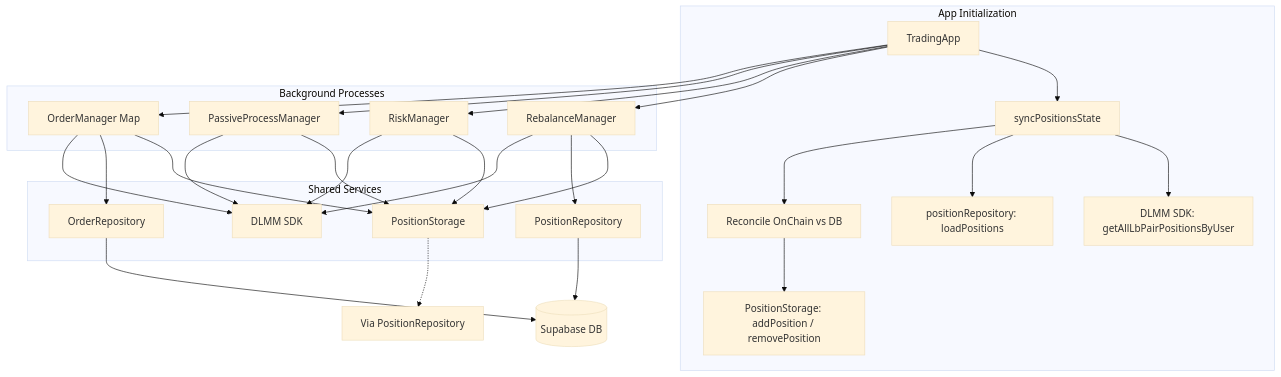
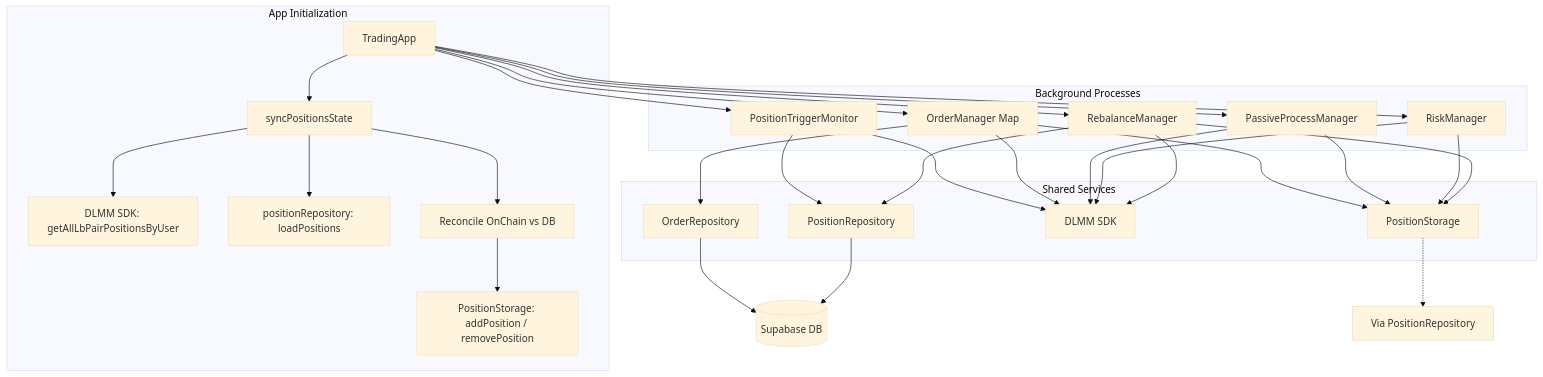
The second of 2 diagrams in core_strategy.md (brinkgenesis/dlmm), drawn with Mermaid (base theme) before and after one commit. The commit also changed other lines of this file and 3 other files, not shown here.

Commit message:
updated core prd mermaid

````diff
--- a/core_strategy.md
+++ b/core_strategy.md
@@ -207,31 +213,34 @@
 ```mermaid
 graph TD
     subgraph App Initialization
         A[TradingApp] --> INIT[syncPositionsState]
         INIT --> FETCH_ONCHAIN[DLMM SDK: getAllLbPairPositionsByUser]
         INIT --> FETCH_DB[positionRepository: loadPositions]
         INIT --> RECONCILE[Reconcile OnChain vs DB]
         RECONCILE --> STORAGE[PositionStorage: addPosition / removePosition]
     end
     subgraph Background Processes
         A --> RM[RebalanceManager]
         A --> RSKM[RiskManager]
         A --> PM[PassiveProcessManager]
         A --> OM[OrderManager Map]
+        A --> PTM[PositionTriggerMonitor]
     end
     subgraph Shared Services
         RM --> PS[PositionStorage]
         RM --> PR[PositionRepository]
         RM --> SDK[DLMM SDK]
         RSKM --> PS
         RSKM --> SDK
         PM --> PS
         PM --> SDK
         OM --> PS
         OM --> OR[OrderRepository]
         OM --> SDK
+        PTM --> PR
+        PTM --> SDK
     end
     PR --> DB[(Supabase DB)]
     OR --> DB
     PS -.-> DB_SYNC[Via PositionRepository]
 ```
````
